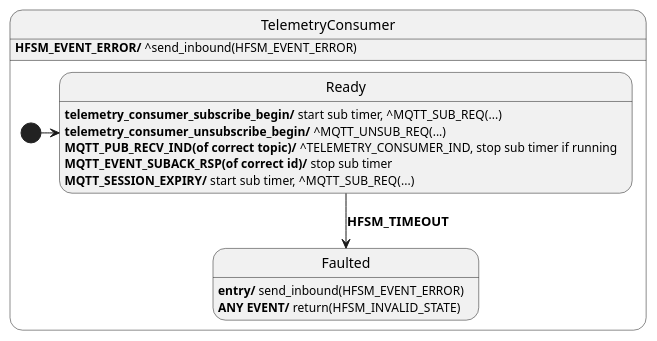
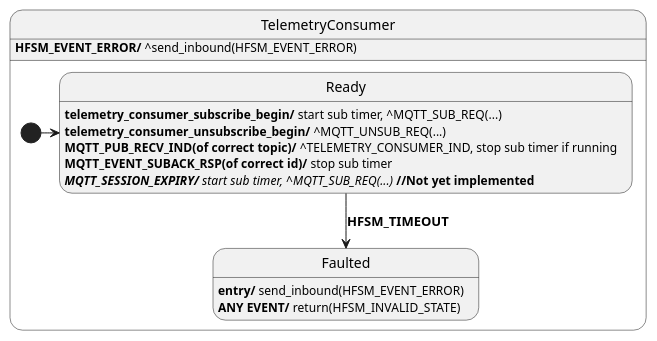
Before and after one commit to Azure/azure-sdk-for-c: the diagram in sdk/docs/core/resources/telemetry_consumer.puml, drawn with PlantUML. The commit also changed 3 other files, not shown here.

```diff
--- a/sdk/docs/core/resources/telemetry_consumer.puml
+++ b/sdk/docs/core/resources/telemetry_consumer.puml
@@ -1,22 +1,22 @@
 @startuml TELEMETRY_CONSUMER
 
 state TelemetryConsumer {
 
   state Ready
   Ready : <b>telemetry_consumer_subscribe_begin/</b> start sub timer, ^MQTT_SUB_REQ(...)
   Ready : <b>telemetry_consumer_unsubscribe_begin/</b> ^MQTT_UNSUB_REQ(...)
   Ready : <b>MQTT_PUB_RECV_IND(of correct topic)/</b> ^TELEMETRY_CONSUMER_IND, stop sub timer if running
   Ready : <b>MQTT_EVENT_SUBACK_RSP(of correct id)/</b> stop sub timer
-  Ready : <b>MQTT_SESSION_EXPIRY/</b> start sub timer, ^MQTT_SUB_REQ(...)
+  Ready : <i><b>MQTT_SESSION_EXPIRY/</b> start sub timer, ^MQTT_SUB_REQ(...)</i> <b>//Not yet implemented</b>
 
   state Faulted
   Faulted : <b>entry/</b> send_inbound(HFSM_EVENT_ERROR)
   Faulted : <b>ANY EVENT/</b> return(HFSM_INVALID_STATE)
 
   [*] -> Ready
   Ready --> Faulted : <b>HFSM_TIMEOUT</b>
 }
 
 TelemetryConsumer : <b>HFSM_EVENT_ERROR/</b> ^send_inbound(HFSM_EVENT_ERROR)
 
 @enduml
```
